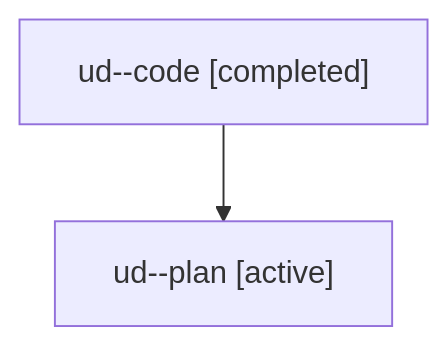
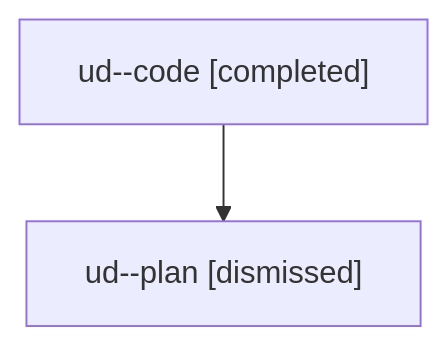
One commit to sase-org/sase--agents changed the diagram in sessions/bbugyi200.athena.ud.md. Above: the diagram before and after it, drawn with Mermaid. The commit also changed other lines of this file and 24 other files, not shown here.

````diff
--- a/sessions/bbugyi200.athena.ud.md
+++ b/sessions/bbugyi200.athena.ud.md
@@ -9,6 +9,6 @@
 ```mermaid
 flowchart TD
   n0["ud--code [completed]"]
-  n1["ud--plan [active]"]
+  n1["ud--plan [dismissed]"]
   n0 --> n1
 ```
````
